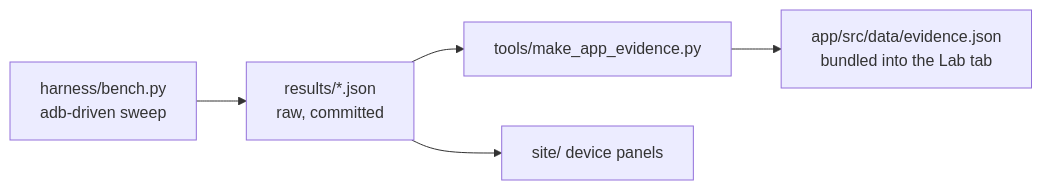
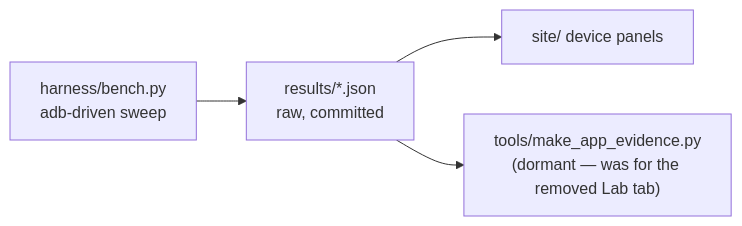
Before and after one commit to ayanbag/PocketTune: the third of 3 diagrams in README.md, drawn with Mermaid. The commit also changed other lines of this file and 13 other files, not shown here.

````diff
--- a/README.md
+++ b/README.md
@@ -157,7 +160,6 @@
 ```mermaid
 flowchart LR
     H["harness/bench.py<br/>adb-driven sweep"] --> R["results/*.json<br/>raw, committed"]
-    R --> T["tools/make_app_evidence.py"]
-    T --> E["app/src/data/evidence.json<br/>bundled into the Lab tab"]
     R --> W["site/ device panels"]
+    R --> T["tools/make_app_evidence.py<br/>(dormant — was for the removed Lab tab)"]
 ```
````
